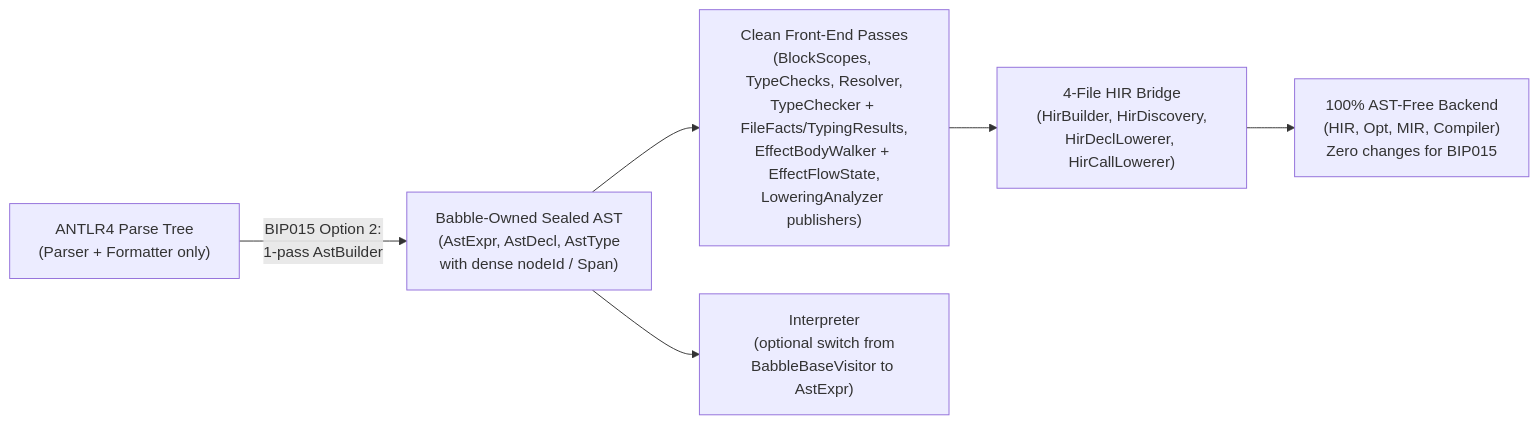
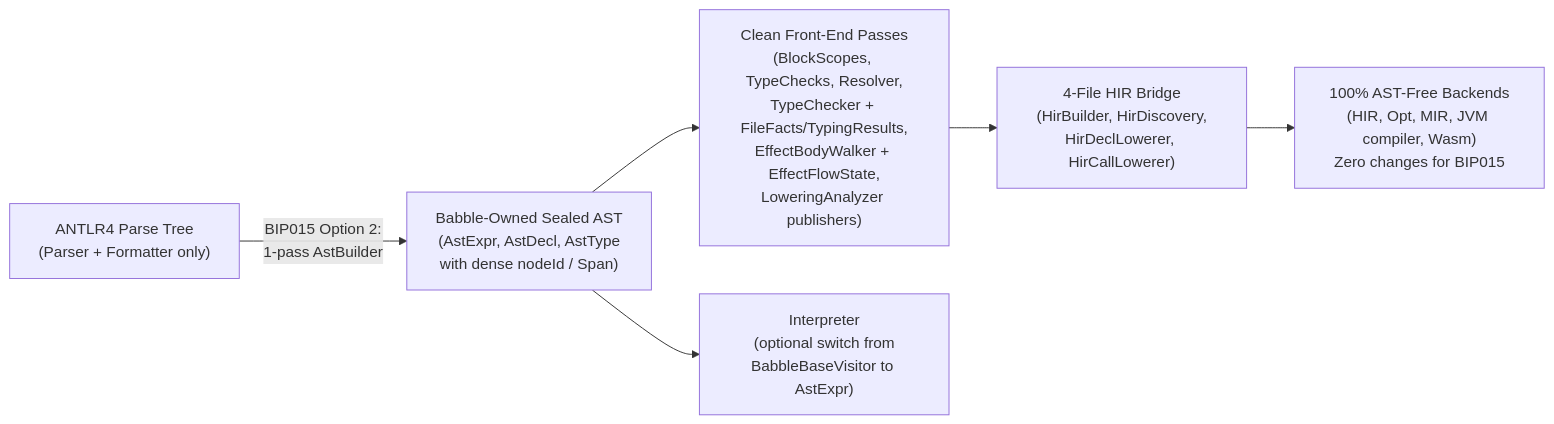
Before and after one commit to nlehuen/babble: the fifth of 5 diagrams in docs/design/bip036_compiler-simplification-and-god-class-splits.md, drawn with Mermaid. The commit also changed other lines of this file and 1 other file, not shown here.

Commit message:
BIP036 : sync with master (Wasm backend split as BIP036-P8, re-measured baseline at aeeb1a8)

````diff
--- a/docs/design/bip036_compiler-simplification-and-god-class-splits.md
+++ b/docs/design/bip036_compiler-simplification-and-god-class-splits.md
@@ -245,8 +319,8 @@
 ```mermaid
 flowchart LR
     ANTLR["ANTLR4 Parse Tree\n(Parser + Formatter only)"] -->|"BIP015 Option 2:\n1-pass AstBuilder"| AST["Babble-Owned Sealed AST\n(AstExpr, AstDecl, AstType\nwith dense nodeId / Span)"]
     AST --> FE["Clean Front-End Passes\n(BlockScopes, TypeChecks, Resolver,\nTypeChecker + FileFacts/TypingResults,\nEffectBodyWalker + EffectFlowState,\nLoweringAnalyzer publishers)"]
     FE --> BRIDGE["4-File HIR Bridge\n(HirBuilder, HirDiscovery,\nHirDeclLowerer, HirCallLowerer)"]
-    BRIDGE --> BACK["100% AST-Free Backend\n(HIR, Opt, MIR, Compiler)\nZero changes for BIP015"]
+    BRIDGE --> BACK["100% AST-Free Backends\n(HIR, Opt, MIR, JVM compiler, Wasm)\nZero changes for BIP015"]
     AST --> INTERP["Interpreter\n(optional switch from\nBabbleBaseVisitor to AstExpr)"]
 ```
````
